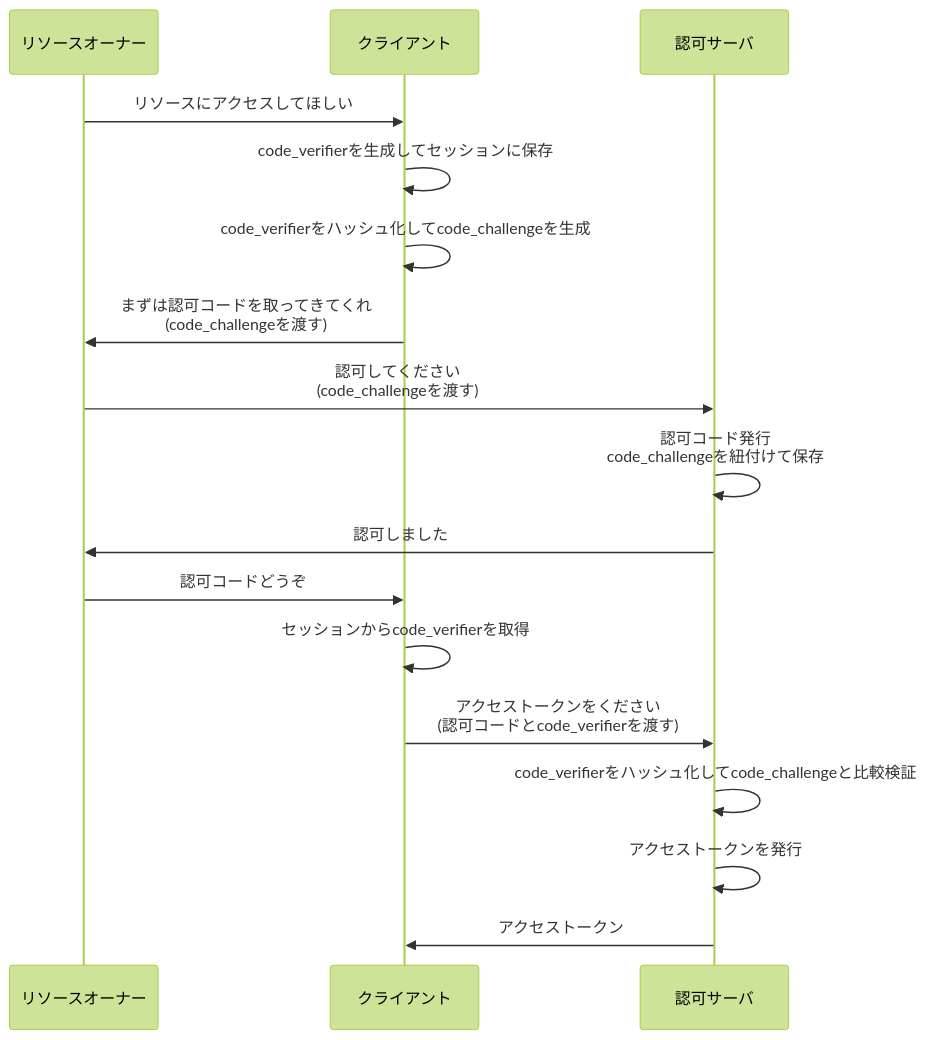
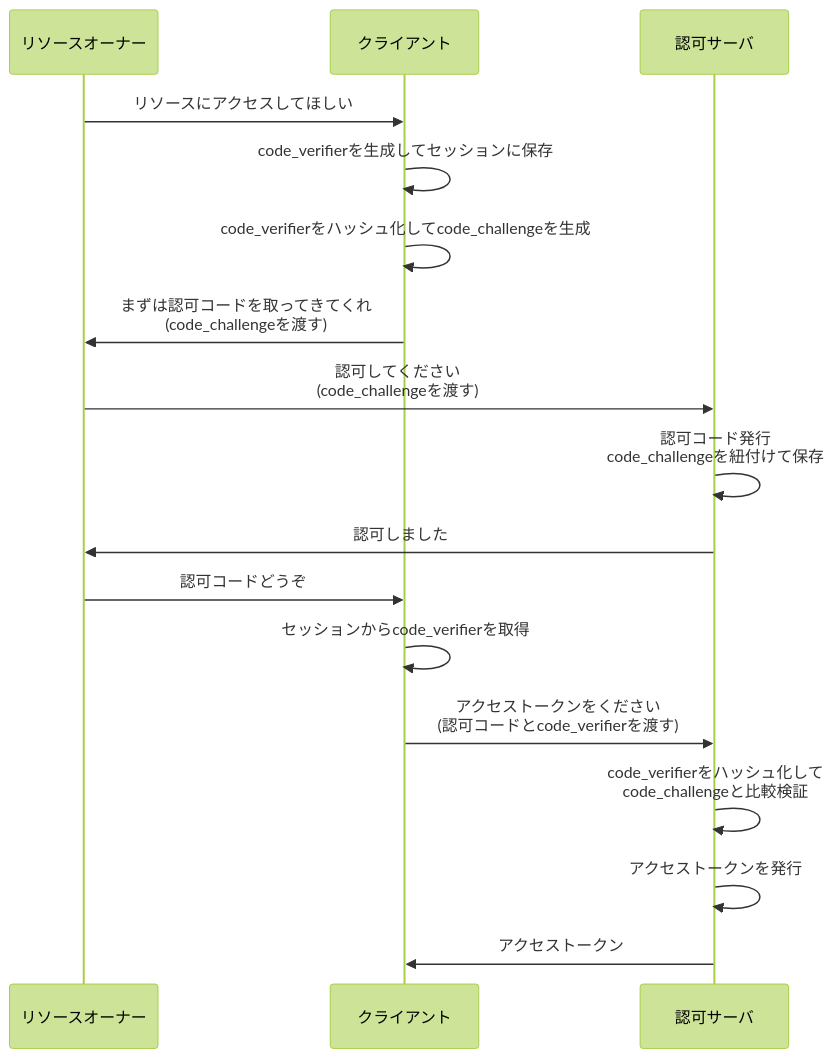
The third of 20 diagrams in articles/5e8da6c491e720.md (calloc134/zenn-dir), drawn with Mermaid (forest theme) before and after one commit. The commit also changed other lines of this file, not shown here.

Commit message:
とりあえずpkceのフロー図+気になるところ

````diff
--- a/articles/5e8da6c491e720.md
+++ b/articles/5e8da6c491e720.md
@@ -749,21 +749,21 @@
 ```mermaid
 sequenceDiagram
     participant リソースオーナー
     participant クライアント
     participant 認可サーバ
 
     リソースオーナー->>クライアント: リソースにアクセスしてほしい
     クライアント->>クライアント: code_verifierを生成してセッションに保存
     クライアント->>クライアント: code_verifierをハッシュ化してcode_challengeを生成
     クライアント->>リソースオーナー: まずは認可コードを取ってきてくれ<br>(code_challengeを渡す)
 
     リソースオーナー->>認可サーバ: 認可してください<br>(code_challengeを渡す)
     認可サーバ->>認可サーバ: 認可コード発行<br>code_challengeを紐付けて保存
     認可サーバ->>リソースオーナー: 認可しました
     リソースオーナー->>クライアント: 認可コードどうぞ
     クライアント->>クライアント: セッションからcode_verifierを取得
     クライアント->>認可サーバ: アクセストークンをください<br>(認可コードとcode_verifierを渡す)
-    認可サーバ->>認可サーバ: code_verifierをハッシュ化してcode_challengeと比較検証
+    認可サーバ->>認可サーバ: code_verifierをハッシュ化して<br>code_challengeと比較検証
     認可サーバ->>認可サーバ: アクセストークンを発行
     認可サーバ->>クライアント: アクセストークン
 ```
````
